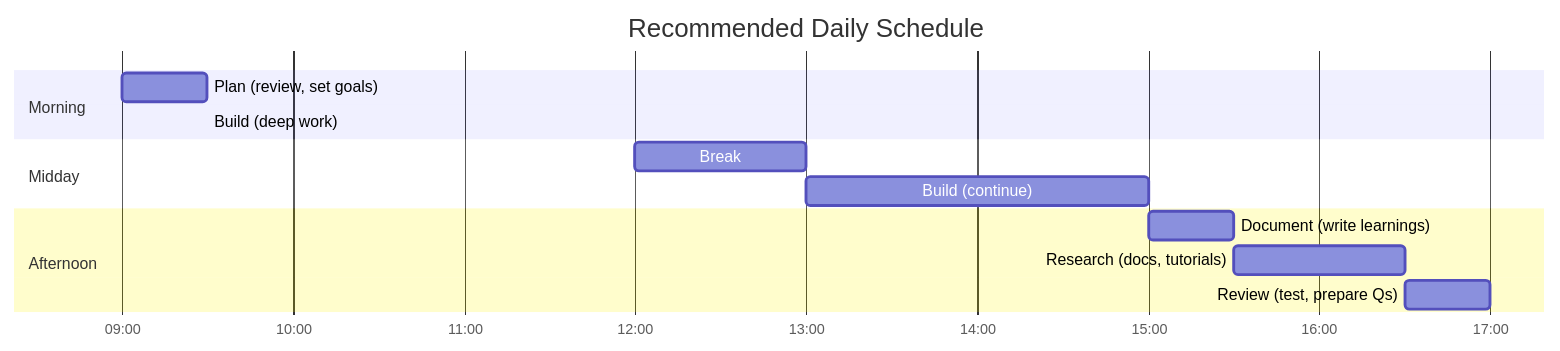
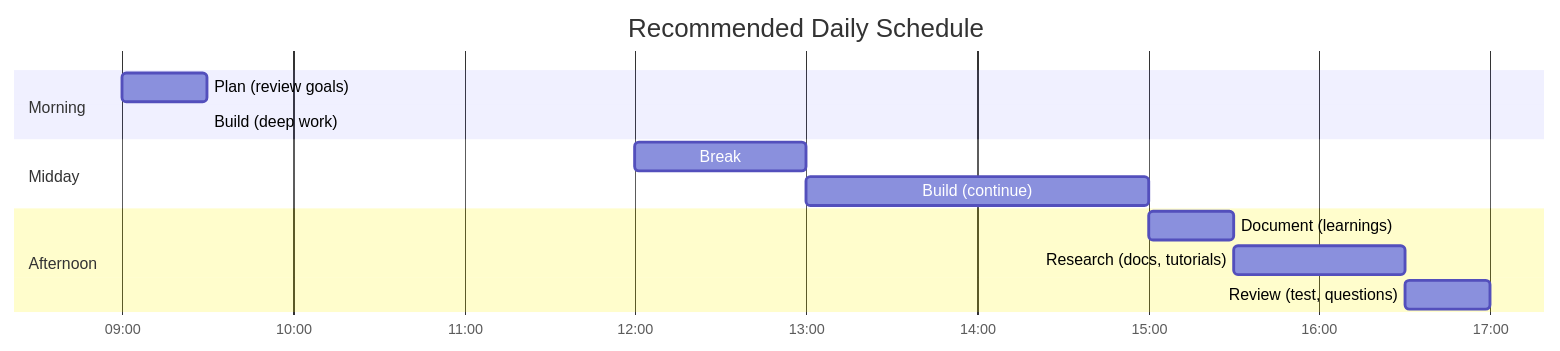
The sixth of 6 diagrams in DevOps/04-Internship/02-Week-by-Week.md (PearlThoughtsInternship/Internship-Obsidian-Vault), drawn with Mermaid before and after one commit. The commit also changed other lines of this file and 4 other files, not shown here.

````diff
--- a/DevOps/04-Internship/02-Week-by-Week.md
+++ b/DevOps/04-Internship/02-Week-by-Week.md
@@ -288,19 +291,19 @@
 ```mermaid
 gantt
     title Recommended Daily Schedule
     dateFormat HH:mm
     axisFormat %H:%M
 
     section Morning
-    Plan (review, set goals)     :09:00, 30m
+    Plan (review goals)          :09:00, 30m
     Build (deep work)            :09:30, 2h30m
 
     section Midday
     Break                        :12:00, 1h
     Build (continue)             :13:00, 2h
 
     section Afternoon
-    Document (write learnings)   :15:00, 30m
+    Document (learnings)         :15:00, 30m
     Research (docs, tutorials)   :15:30, 1h
-    Review (test, prepare Qs)    :16:30, 30m
+    Review (test, questions)     :16:30, 30m
 ```
````
